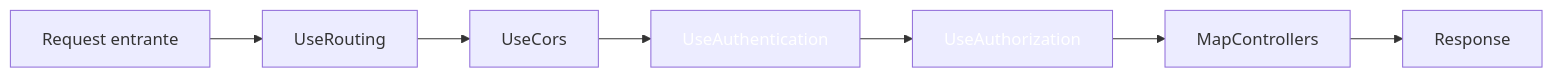
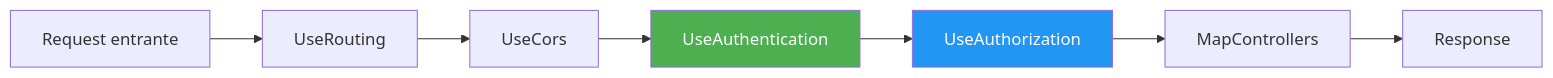
One commit to joseluisgs/DesarrolloWebEntornosServidor-02-2026-2027 changed the tenth of 15 diagrams in 16-autenticacion.md. Above: the diagram before and after it, drawn with Mermaid. The commit also changed other lines of this file and 29 other files, not shown here.

Commit message:
docs: corregir estilos Mermaid y estilo, quitar referencias a la Tienda y reestructurar los retos 13 y 15

````diff
--- a/16-autenticacion.md
+++ b/16-autenticacion.md
@@ -985,12 +985,12 @@
 ```mermaid
 flowchart LR
     REQ[Request entrante] --> A1[UseRouting]
     A1 --> A2[UseCors]
     A2 --> A3[UseAuthentication]
     A3 --> A4[UseAuthorization]
     A4 --> A5[MapControllers]
     A5 --> RESP[Response]
 
-    style A3 fill:#4CAF5,color:#fff0,color:#fff
-    style A4 fill:#2196F,color:#fff3,color:#fff
+    style A3 fill:#4CAF50,color:#fff
+    style A4 fill:#2196F3,color:#fff
 ```
````
